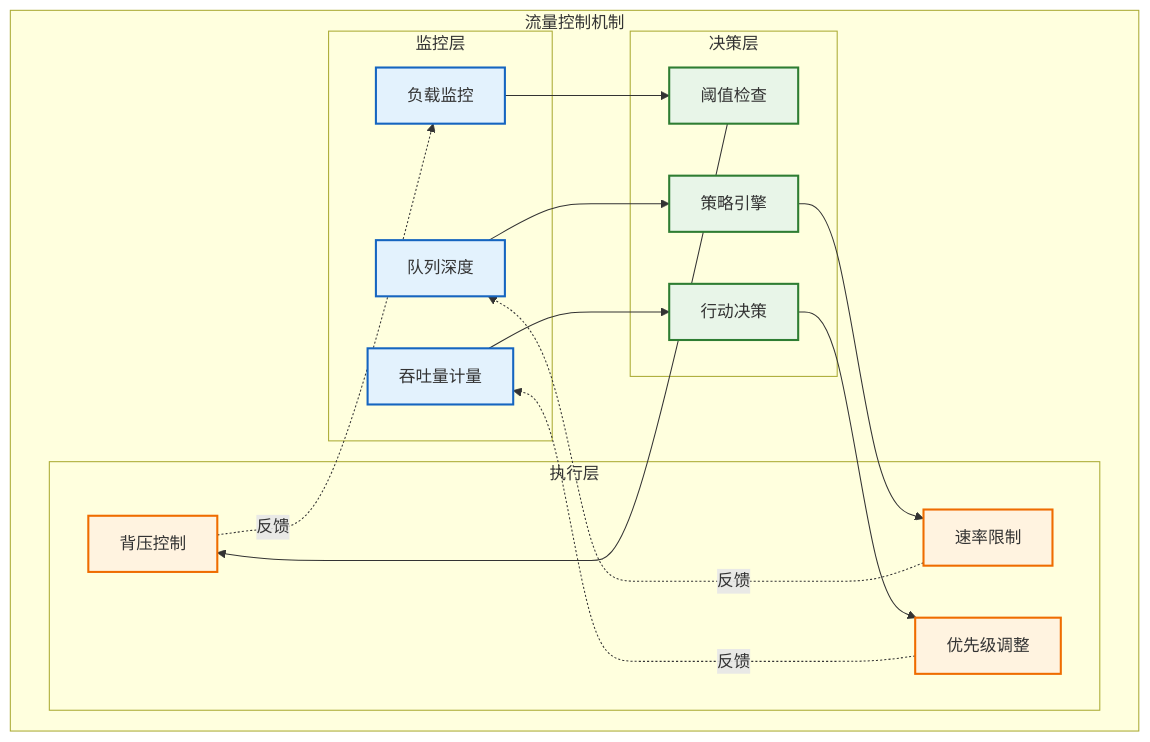
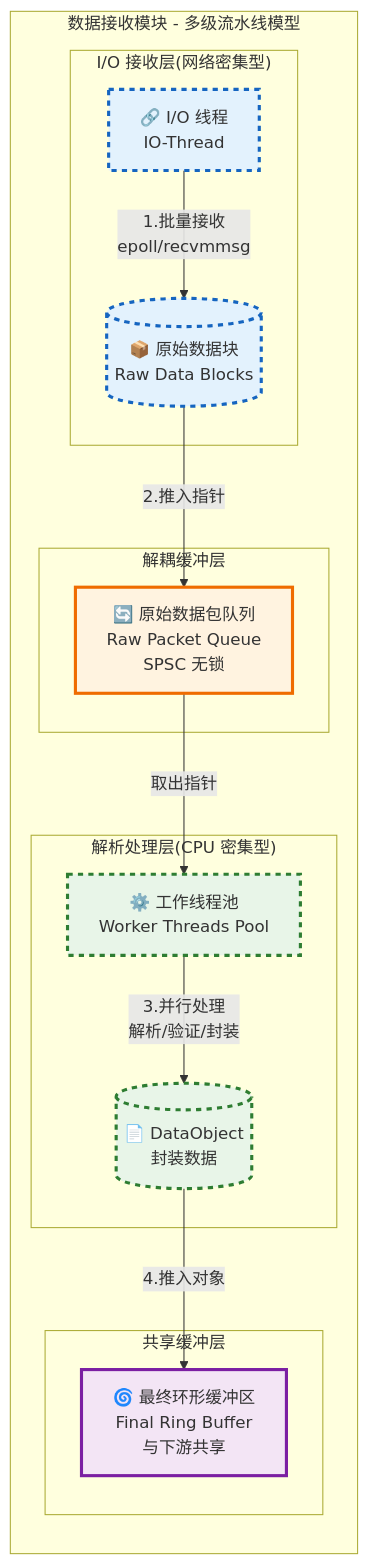
One commit to wendizhou99-cell/Radar changed the ninth of 10 diagrams in docs/01_项目设计/02_模块设计/01_数据接收模块设计.md. Above: the diagram before and after it, drawn with Mermaid. The commit also changed other lines of this file and 7 other files, not shown here.

````diff
--- a/docs/01_项目设计/02_模块设计/01_数据接收模块设计.md
+++ b/docs/01_项目设计/02_模块设计/01_数据接收模块设计.md
@@ -437,46 +552,38 @@
 ```mermaid
-flowchart LR
-    subgraph "流量控制机制"
-        direction LR
+graph TD
+    subgraph "数据接收模块 - 多级流水线模型"
+        direction TB
 
-        subgraph "监控层"
-            LOAD_MONITOR[负载监控]
-            QUEUE_DEPTH[队列深度]
-            THROUGHPUT_METER[吞吐量计量]
+        subgraph "I/O 接收层(网络密集型)"
+            IO[🔗 I/O 线程<br/>IO-Thread]
+            IO -->|1.批量接收<br/>epoll/recvmmsg| RawData[(📦 原始数据块<br/>Raw Data Blocks)]
         end
 
-        subgraph "决策层"
-            THRESHOLD_CHECK[阈值检查]
-            POLICY_ENGINE[策略引擎]
-            ACTION_DECISION[行动决策]
+        subgraph "解耦缓冲层"
+            Queue[🔄 原始数据包队列<br/>Raw Packet Queue<br/>SPSC 无锁]
         end
 
-        subgraph "执行层"
-            BACKPRESSURE[背压控制]
-            RATE_LIMIT[速率限制]
-            PRIORITY_ADJUST[优先级调整]
+        subgraph "解析处理层(CPU 密集型)"
+            Workers[⚙️ 工作线程池<br/>Worker Threads Pool]
+            Workers -->|3.并行处理<br/>解析/验证/封装| DataObj[(📄 DataObject<br/>封装数据)]
         end
 
-        %% 控制流程
-        LOAD_MONITOR --> THRESHOLD_CHECK
-        QUEUE_DEPTH --> POLICY_ENGINE
-        THROUGHPUT_METER --> ACTION_DECISION
+        subgraph "共享缓冲层"
+            RingBuffer[🌀 最终环形缓冲区<br/>Final Ring Buffer<br/>与下游共享]
+        end
 
-        THRESHOLD_CHECK --> BACKPRESSURE
-        POLICY_ENGINE --> RATE_LIMIT
-        ACTION_DECISION --> PRIORITY_ADJUST
-
-        %% 反馈回路
-        BACKPRESSURE -.->|反馈| LOAD_MONITOR
-        RATE_LIMIT -.->|反馈| QUEUE_DEPTH
-        PRIORITY_ADJUST -.->|反馈| THROUGHPUT_METER
+        RawData -->|2.推入指针| Queue
+        Queue -->|取出指针| Workers
+        DataObj -->|4.推入对象| RingBuffer
     end
 
-    classDef monitor fill:#e3f2fd,stroke:#1565c0,stroke-width:2px
-    classDef decision fill:#e8f5e8,stroke:#2e7d32,stroke-width:2px
-    classDef execute fill:#fff3e0,stroke:#ef6c00,stroke-width:2px
+    classDef ioLayer fill:#e3f2fd,stroke:#1565c0,stroke-width:3px,stroke-dasharray: 5 5;
+    classDef bufferLayer fill:#fff3e0,stroke:#ef6c00,stroke-width:3px;
+    classDef processLayer fill:#e8f5e8,stroke:#2e7d32,stroke-width:3px,stroke-dasharray: 5 5;
+    classDef sharedLayer fill:#f3e5f5,stroke:#7b1fa2,stroke-width:3px;
 
-    class LOAD_MONITOR,QUEUE_DEPTH,THROUGHPUT_METER monitor
-    class THRESHOLD_CHECK,POLICY_ENGINE,ACTION_DECISION decision
-    class BACKPRESSURE,RATE_LIMIT,PRIORITY_ADJUST execute
+    class IO,RawData ioLayer
+    class Queue bufferLayer
+    class Workers,DataObj processLayer
+    class RingBuffer sharedLayer
 ```
````
